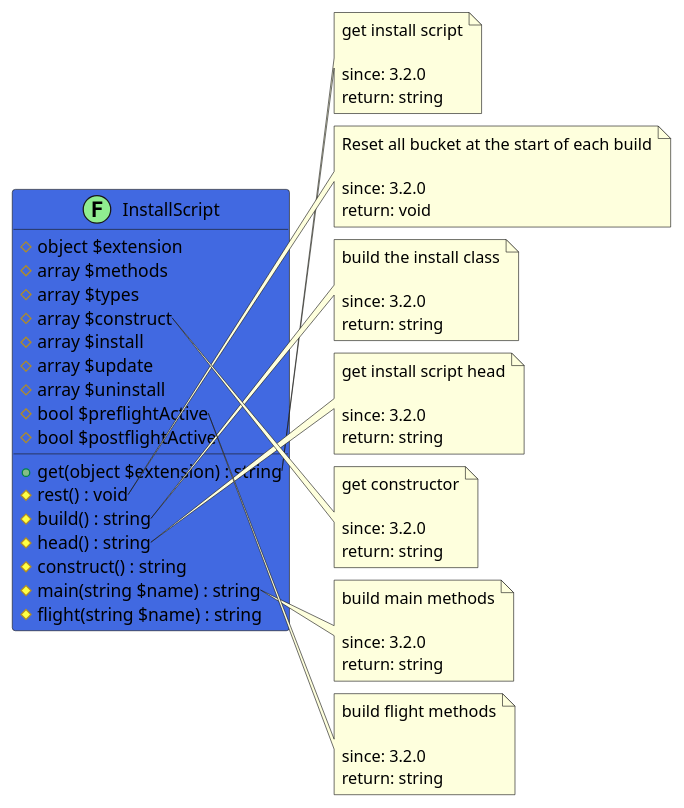
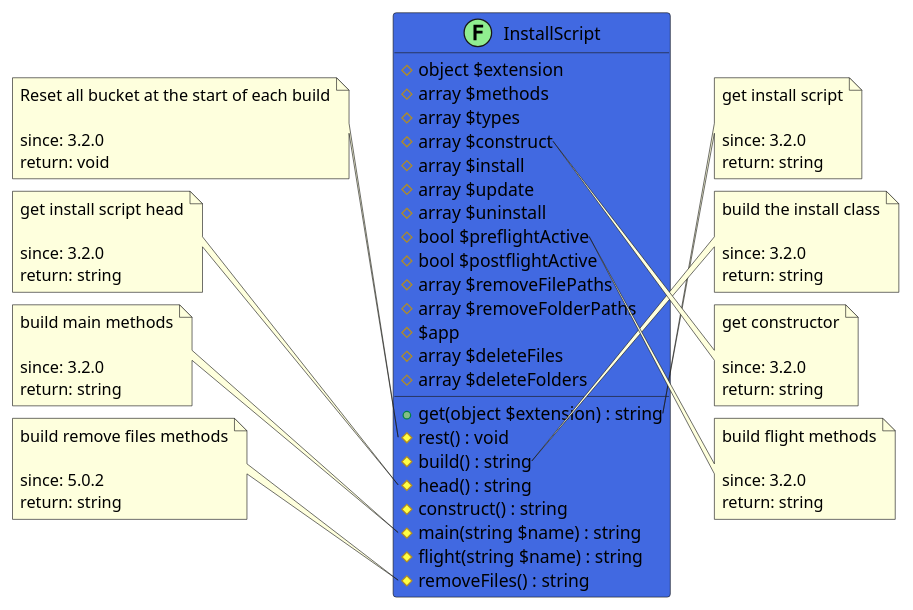
The diagram in src/73183d13-9b2e-4879-b05a-52298d5b31f7/README.md (joomengine/jcb-compiler), drawn with PlantUML before and after one commit. The commit also changed 213 other files, not shown here.

````diff
--- a/src/73183d13-9b2e-4879-b05a-52298d5b31f7/README.md
+++ b/src/73183d13-9b2e-4879-b05a-52298d5b31f7/README.md
@@ -21,6 +21,11 @@
   # array $uninstall
   # bool $preflightActive
   # bool $postflightActive
+  # array $removeFilePaths
+  # array $removeFolderPaths
+  # $app
+  # array $deleteFiles
+  # array $deleteFolders
   + get(object $extension) : string
   # rest() : void
   # build() : string
@@ -28,6 +33,7 @@
   # construct() : string
   # main(string $name) : string
   # flight(string $name) : string
+  # removeFiles() : string
 }
 
 note right of InstallScript::get
@@ -37,7 +43,7 @@
   return: string
 end note
 
-note right of InstallScript::rest
+note left of InstallScript::rest
   Reset all bucket at the start of each build
 
   since: 3.2.0
@@ -51,7 +57,7 @@
   return: string
 end note
 
-note right of InstallScript::head
+note left of InstallScript::head
   get install script head
 
   since: 3.2.0
@@ -65,7 +71,7 @@
   return: string
 end note
 
-note right of InstallScript::main
+note left of InstallScript::main
   build main methods
 
   since: 3.2.0
@@ -78,6 +84,13 @@
   since: 3.2.0
   return: string
 end note
+
+note left of InstallScript::removeFiles
+  build remove files methods
+
+  since: 5.0.2
+  return: string
+end note
  
 @enduml
 ```
````
